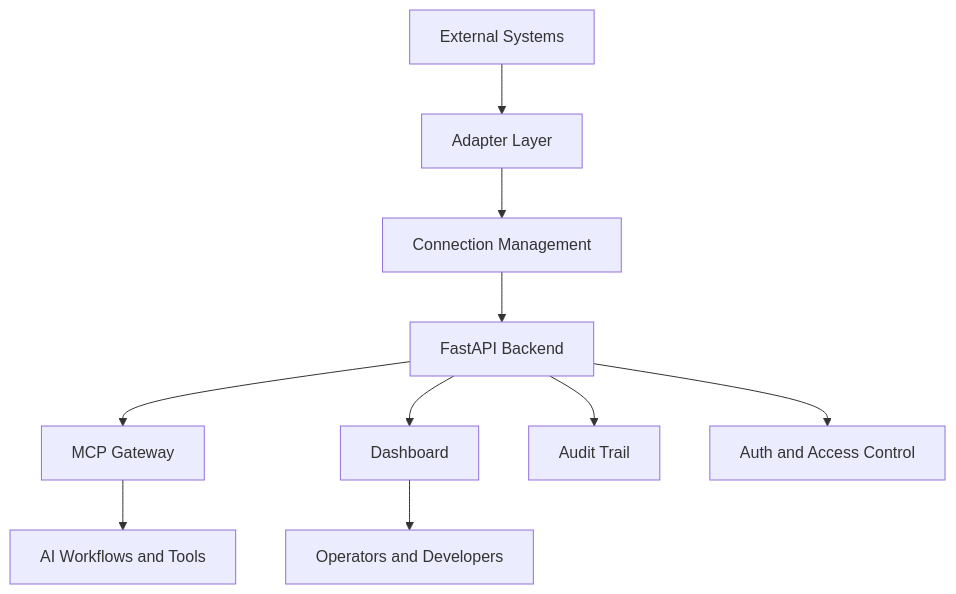
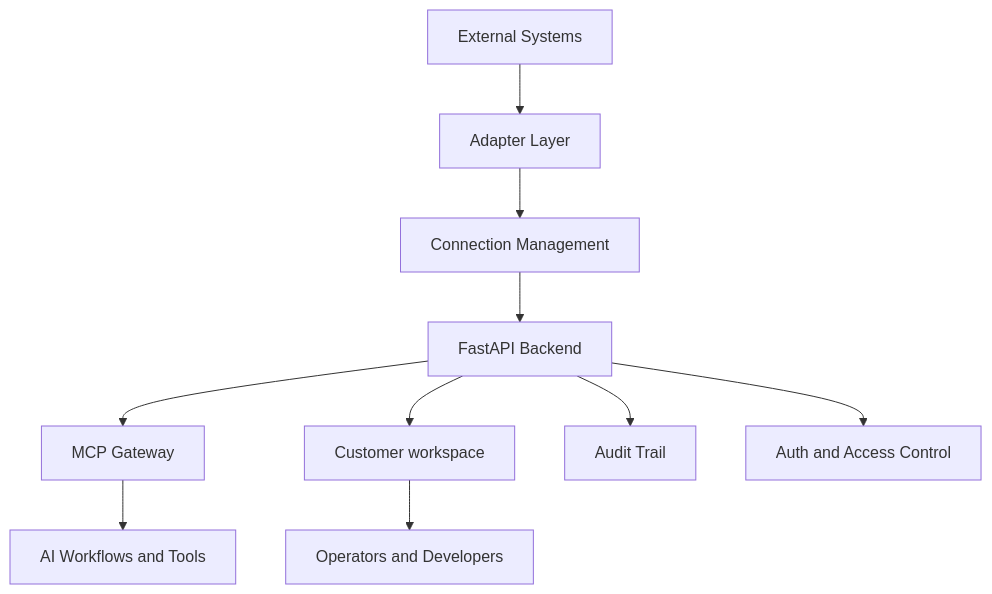
One commit to iceccarelli/neuralbridge changed the first of 4 diagrams in README.md. Above: the diagram before and after it, drawn with Mermaid. The commit also changed other lines of this file and 59 other files, not shown here.

````diff
--- a/README.md
+++ b/README.md
@@ -286,12 +286,12 @@
 ```mermaid
 flowchart TB
     A[External Systems] --> B[Adapter Layer]
     B --> C[Connection Management]
     C --> D[FastAPI Backend]
     D --> E[MCP Gateway]
-    D --> F[Dashboard]
+    D --> F[Customer workspace]
     D --> G[Audit Trail]
     D --> H[Auth and Access Control]
     E --> I[AI Workflows and Tools]
     F --> J[Operators and Developers]
 ```
````
